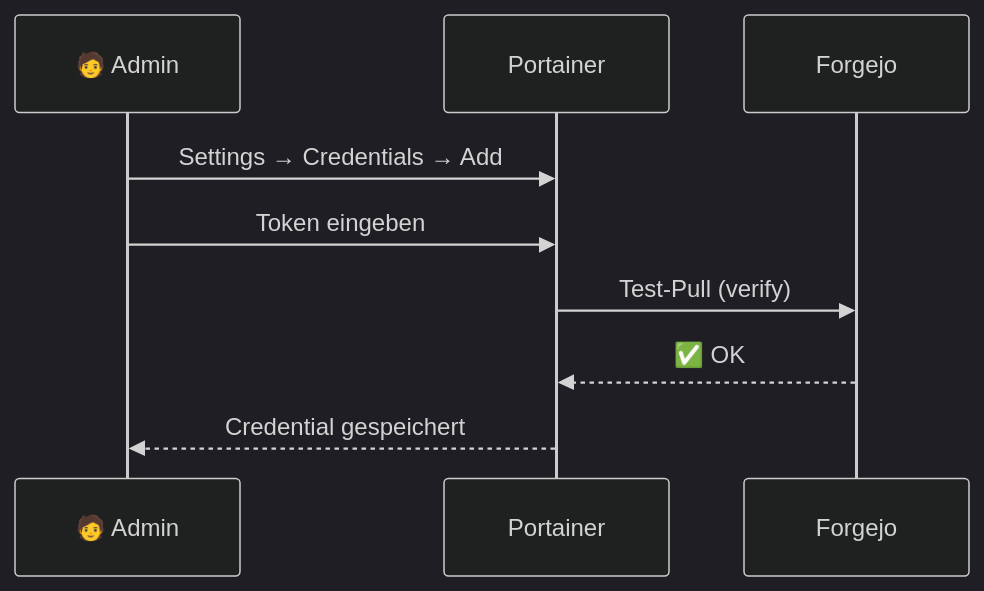
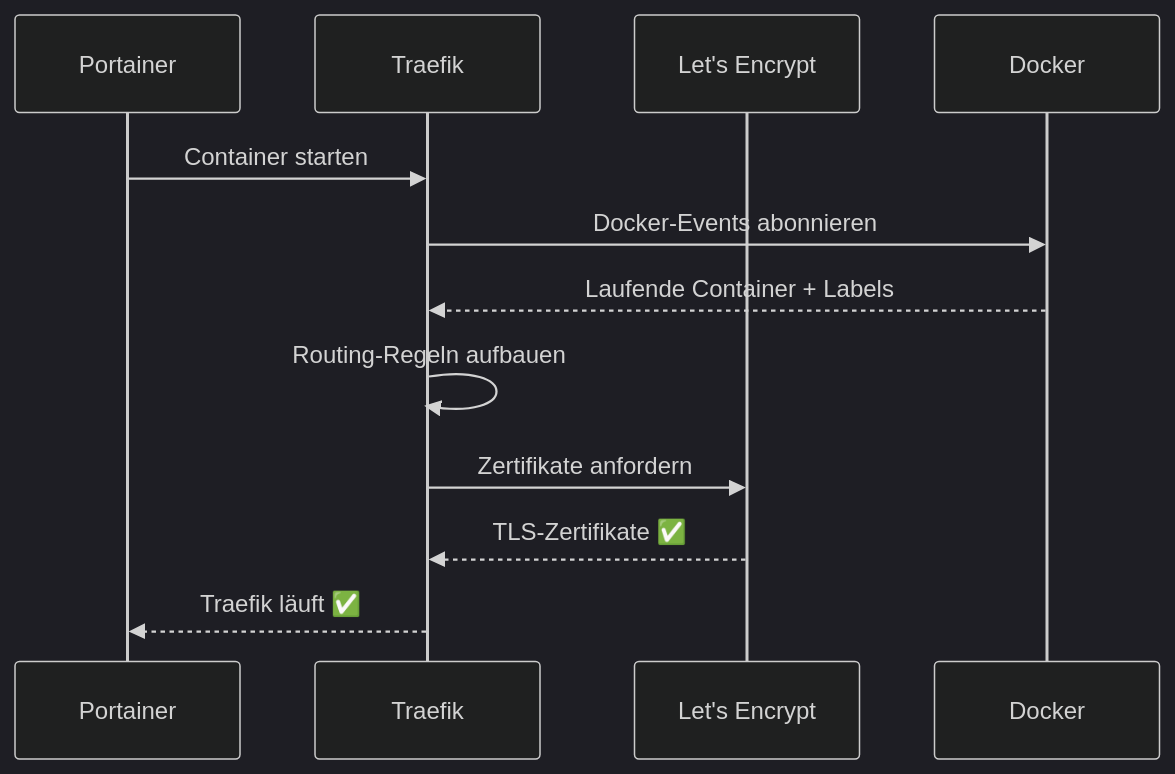
One commit to ppfeiffer63/Infrastruktur changed the fourth of 7 diagrams in docs/INSTALLATION.md. Above: the diagram before and after it, drawn with Mermaid (dark theme). The commit also changed other lines of this file and 1 other file, not shown here.

Commit message:
docs: INSTALLATION.md auf Traefik aktualisiert

````diff
--- a/docs/INSTALLATION.md
+++ b/docs/INSTALLATION.md
@@ -130,12 +169,15 @@
 ```mermaid
 sequenceDiagram
-    participant U as 🧑 Admin
     participant P as Portainer
-    participant G as Forgejo
+    participant T as Traefik
+    participant LE as Let's Encrypt
+    participant D as Docker
 
-    U->>P: Settings → Credentials → Add
-    U->>P: Token eingeben
-    P->>G: Test-Pull (verify)
-    G-->>P: ✅ OK
-    P-->>U: Credential gespeichert
+    P->>T: Container starten
+    T->>D: Docker-Events abonnieren
+    D-->>T: Laufende Container + Labels
+    T->>T: Routing-Regeln aufbauen
+    T->>LE: Zertifikate anfordern
+    LE-->>T: TLS-Zertifikate ✅
+    T-->>P: Traefik läuft ✅
 ```
````
